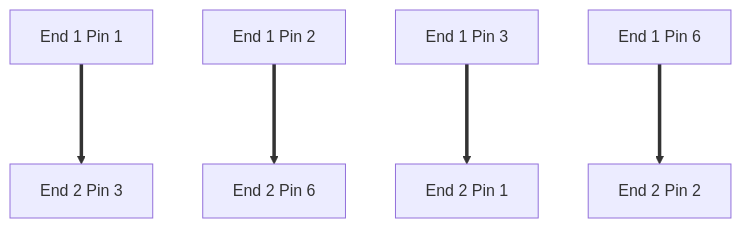
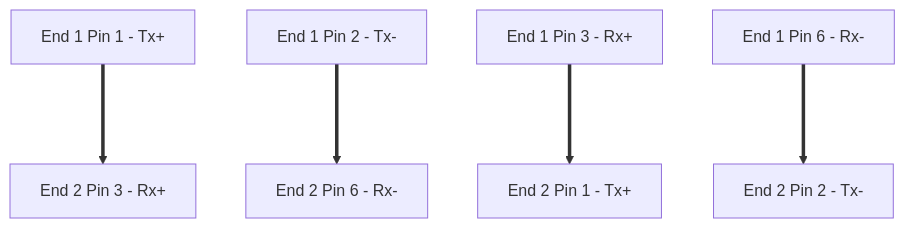
The second of 3 diagrams in CCNA Course/Day 02 - Interfaces and Cables.md (sudhanshusingh1201/study_materials), drawn with Mermaid before and after one commit. The commit also changed other lines of this file and 5 other files, not shown here.

````diff
--- a/CCNA Course/Day 02 - Interfaces and Cables.md
+++ b/CCNA Course/Day 02 - Interfaces and Cables.md
@@ -100,7 +108,7 @@
 ```mermaid
 graph TD
-    A_Pin1[End 1 Pin 1] ===> B_Pin3[End 2 Pin 3]
-    A_Pin2[End 1 Pin 2] ===> B_Pin6[End 2 Pin 6]
-    A_Pin3[End 1 Pin 3] ===> B_Pin1[End 2 Pin 1]
-    A_Pin6[End 1 Pin 6] ===> B_Pin2[End 2 Pin 2]
+    A_Pin1[End 1 Pin 1 - Tx+] ===> B_Pin3[End 2 Pin 3 - Rx+]
+    A_Pin2[End 1 Pin 2 - Tx-] ===> B_Pin6[End 2 Pin 6 - Rx-]
+    A_Pin3[End 1 Pin 3 - Rx+] ===> B_Pin1[End 2 Pin 1 - Tx+]
+    A_Pin6[End 1 Pin 6 - Rx-] ===> B_Pin2[End 2 Pin 2 - Tx-]
 ```
````
